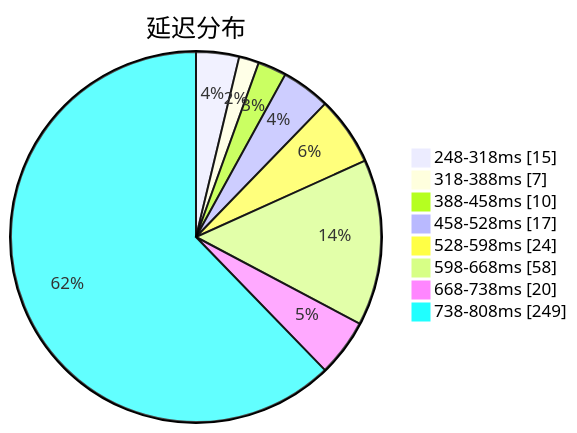
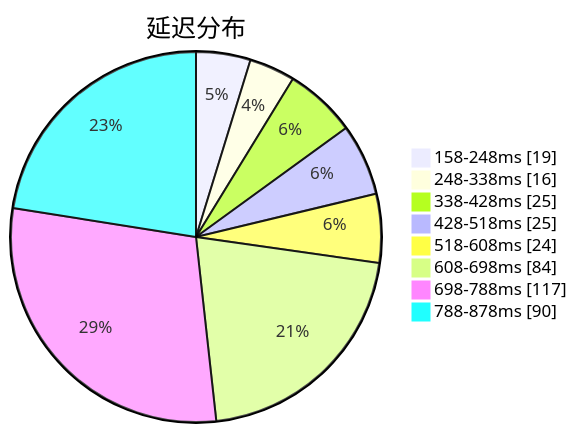
One commit to qjlxg/airport changed the first of 3 diagrams in subs/statistics/tested_within.md. Above: the diagram before and after it, drawn with Mermaid. The commit also changed other lines of this file and 2 other files, not shown here.

````diff
--- a/subs/statistics/tested_within.md
+++ b/subs/statistics/tested_within.md
@@ -2,12 +2,12 @@
 ```mermaid
 pie showData
 title 延迟分布
-"248-318ms" : 15
-"318-388ms" : 7
-"388-458ms" : 10
-"458-528ms" : 17
-"528-598ms" : 24
-"598-668ms" : 58
-"668-738ms" : 20
-"738-808ms" : 249
+"158-248ms" : 19
+"248-338ms" : 16
+"338-428ms" : 25
+"428-518ms" : 25
+"518-608ms" : 24
+"608-698ms" : 84
+"698-788ms" : 117
+"788-878ms" : 90
 ```
````
